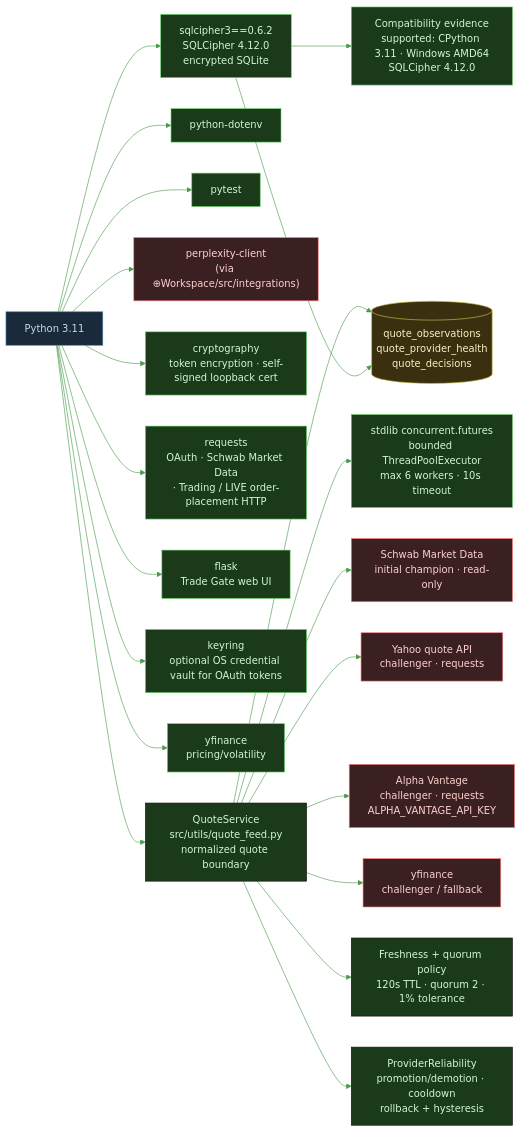
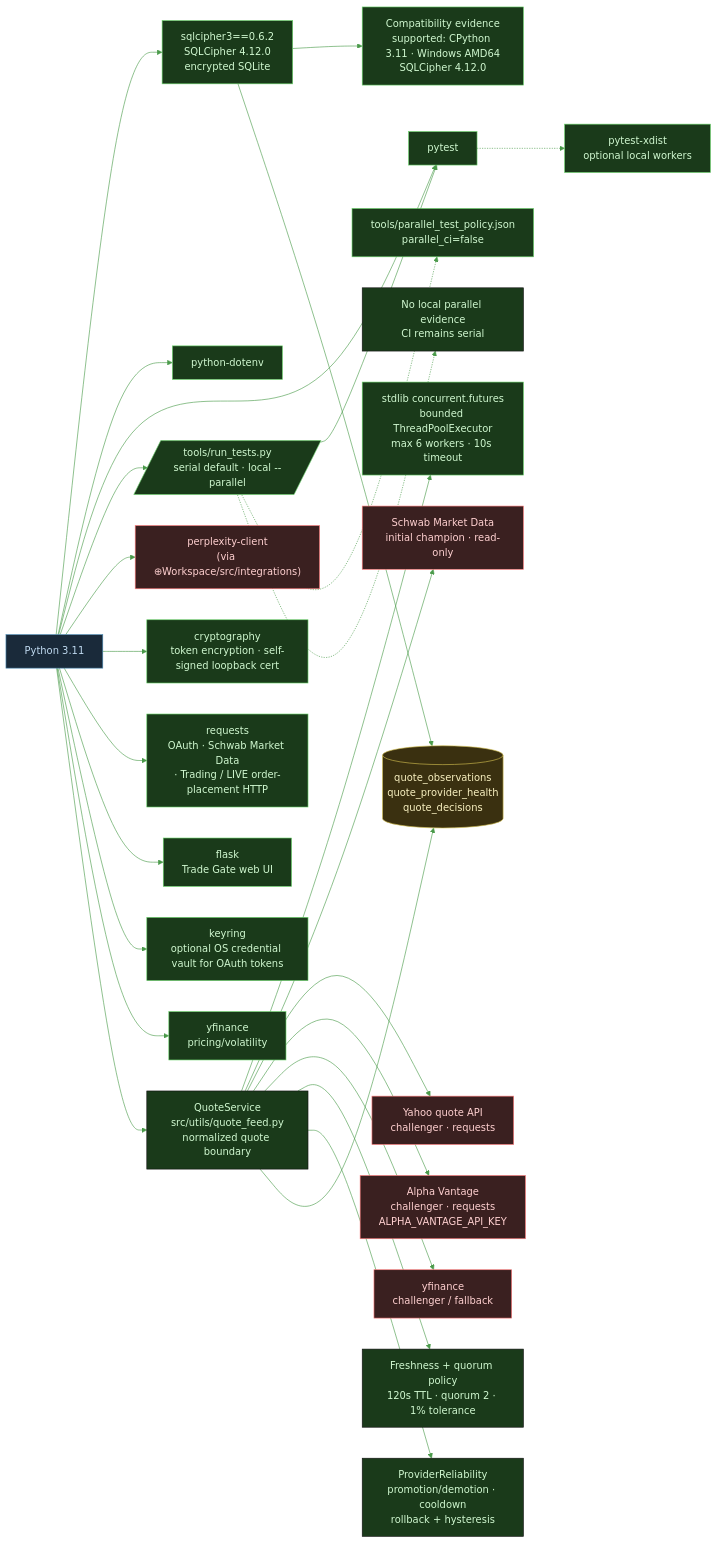
Before and after one commit to tylerdrakemusic/-Workspace: the diagram in diagrams/capital-tech-stack.mmd, drawn with Mermaid. The commit also changed 14 other files, not shown here.

Commit message:
⊕ workspace: package parallel test execution

```diff
--- a/diagrams/capital-tech-stack.mmd
+++ b/diagrams/capital-tech-stack.mmd
@@ -1,39 +1,45 @@
 %%{init: {'theme': 'base', 'themeVariables': {'primaryColor': '#1a3a1a', 'primaryTextColor': '#d0f8d0', 'edgeLabelBackground': '#0f1318', 'lineColor': '#4a9a4a'}}}%%
 graph LR
     Python[Python 3.11] --> SQLCipher[sqlcipher3==0.6.2<br/>SQLCipher 4.12.0<br/>encrypted SQLite]
     SQLCipher --> SQLCipherEvidence[Compatibility evidence<br/>supported: CPython 3.11 · Windows AMD64<br/>SQLCipher 4.12.0]
     Python --> Dotenv[python-dotenv]
     Python --> Pytest[pytest]
+    Python --> TestRunner[/tools/run_tests.py<br/>serial default · local --parallel/]
+    TestRunner --> Pytest
+    TestRunner -.-> TestPolicy[tools/parallel_test_policy.json<br/>parallel_ci=false]
+    Pytest -.-> Xdist[pytest-xdist<br/>optional local workers]
+    TestRunner -.-> ParallelEvidence[No local parallel evidence<br/>CI remains serial]
     Python --> Perplexity["perplexity-client<br/>(via ⊕Workspace/src/integrations)"]
     Python --> Crypto["cryptography<br/>token encryption · self-signed loopback cert"]
     Python --> Requests["requests<br/>OAuth · Schwab Market Data<br/>· Trading / LIVE order-placement HTTP"]
     Python --> Flask[flask<br/>Trade Gate web UI]
     Python --> Keyring["keyring<br/>optional OS credential vault for OAuth tokens"]
     Python --> YFinance[yfinance<br/>pricing/volatility]
     Python --> QuoteService[QuoteService<br/>src/utils/quote_feed.py<br/>normalized quote boundary]
     QuoteService --> QuoteConcurrency[stdlib concurrent.futures<br/>bounded ThreadPoolExecutor<br/>max 6 workers · 10s timeout]
     QuoteService --> SchwabMarketData[Schwab Market Data<br/>initial champion · read-only]
     QuoteService --> YahooQuote[Yahoo quote API<br/>challenger · requests]
     QuoteService --> AlphaVantage[Alpha Vantage<br/>challenger · requests<br/>ALPHA_VANTAGE_API_KEY]
     QuoteService --> YFinanceFallback[yfinance<br/>challenger / fallback]
     QuoteService --> QuotePolicy[Freshness + quorum policy<br/>120s TTL · quorum 2 · 1% tolerance]
     QuoteService --> Reliability[ProviderReliability<br/>promotion/demotion · cooldown<br/>rollback + hysteresis]
     QuoteService --> QuoteTables[(quote_observations<br/>quote_provider_health<br/>quote_decisions)]
     SQLCipher --> QuoteTables
     class Python lang
-    class SQLCipher,SQLCipherEvidence,Dotenv,Pytest,Crypto,Requests,Flask,Keyring,YFinance,QuoteConcurrency lib
+    class SQLCipher,SQLCipherEvidence,Dotenv,Pytest,TestRunner,TestPolicy,Xdist,Crypto,Requests,Flask,Keyring,YFinance,QuoteConcurrency lib
+    class ParallelEvidence state
     class QuoteService,QuotePolicy,Reliability orch
     class QuoteTables db
     class Perplexity,SchwabMarketData,YahooQuote,AlphaVantage,YFinanceFallback ext
 
 classDef life     fill:#1a2e3a,stroke:#6ab4d4,color:#d0ecf8
 classDef music    fill:#3a1a24,stroke:#d47a8f,color:#f8d0dc
 classDef quantum  fill:#251a3a,stroke:#a07adf,color:#e8d0f8
 classDef manifest fill:#3a2e1a,stroke:#d4a96a,color:#f8ead0
 classDef capital  fill:#1a3a1a,stroke:#6ad46a,color:#d0f8d0
 classDef ws       fill:#1a3a30,stroke:#6ad4b4,color:#d0f8ee
 classDef tyler    fill:#2a1a3a,stroke:#9e4aff,color:#fff
 classDef ext      fill:#3a2020,stroke:#ff7a7a,color:#ffd0d0
 classDef db       fill:#3a3010,stroke:#d4c050,color:#f8f0c0
 classDef lang     fill:#1a2a3a,stroke:#4a8ab4,color:#c0daf0
 classDef lib      fill:#1a3a1a,stroke:#6ad46a,color:#d0f8d0
```
